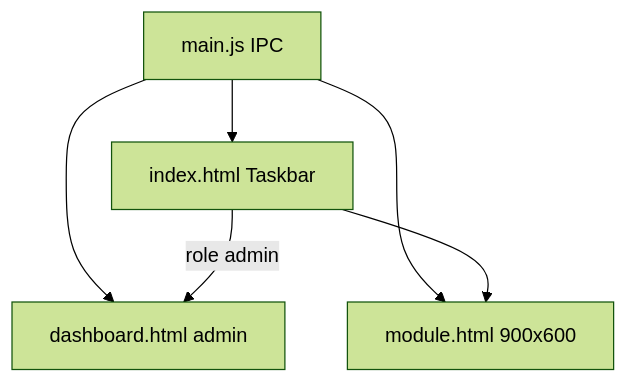
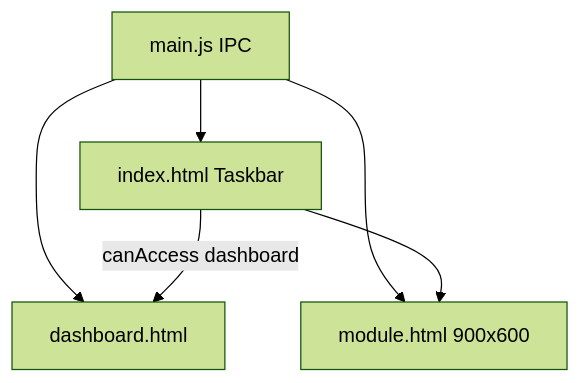
The diagram in PharmaOs/.cursor/docs/ARCHITECTURE.md (Jessy1590/Application), drawn with Mermaid (forest theme) before and after one commit. The commit also changed other lines of this file and 82 other files, not shown here.

````diff
--- a/PharmaOs/.cursor/docs/ARCHITECTURE.md
+++ b/PharmaOs/.cursor/docs/ARCHITECTURE.md
@@ -18,8 +17,8 @@
 ```mermaid
 flowchart TB
   Main[main.js IPC] --> Taskbar[index.html Taskbar]
   Main --> ModWin[module.html 900x600]
-  Main --> DashWin[dashboard.html admin]
-  Taskbar -->|role admin| DashWin
+  Main --> DashWin[dashboard.html]
+  Taskbar -->|canAccess dashboard| DashWin
   Taskbar --> ModWin
 ```
````
